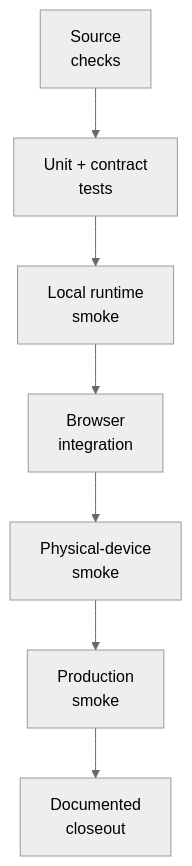
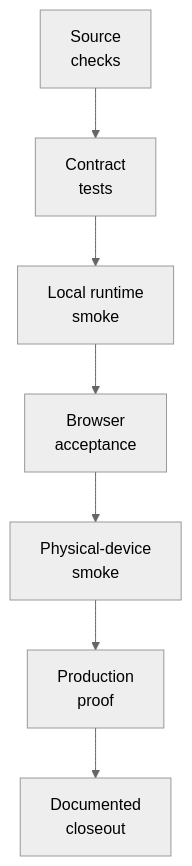
Before and after one commit to wilderruiz/millenova-project: the third of 3 diagrams in docs/ENGINEERING_OVERVIEW.md, drawn with Mermaid (neutral theme). The commit also changed other lines of this file, not shown here.

````diff
--- a/docs/ENGINEERING_OVERVIEW.md
+++ b/docs/ENGINEERING_OVERVIEW.md
@@ -241,9 +206,9 @@
 ```mermaid
 flowchart TD
-    SRC["Source<br/>checks"] --> CONTRACT["Unit + contract<br/>tests"]
+    SRC["Source<br/>checks"] --> CONTRACT["Contract<br/>tests"]
     CONTRACT --> LOCAL["Local runtime<br/>smoke"]
-    LOCAL --> BROWSER["Browser<br/>integration"]
+    LOCAL --> BROWSER["Browser<br/>acceptance"]
     BROWSER --> DEVICE["Physical-device<br/>smoke"]
-    DEVICE --> PROD["Production<br/>smoke"]
+    DEVICE --> PROD["Production<br/>proof"]
     PROD --> CLOSE["Documented<br/>closeout"]
 ```
````
